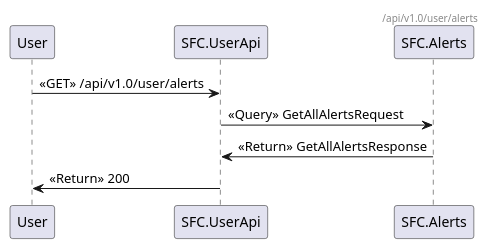
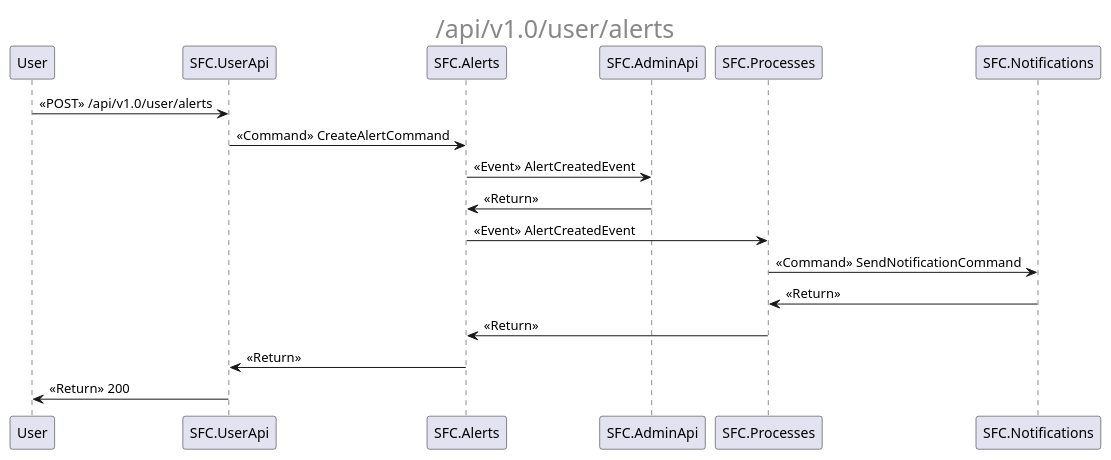
The diagram in docs/ArchitectureDocumentation/_api_v1.0_user_alerts.puml (mr0zek/SmogFightClub), drawn with PlantUML before and after one commit. The commit also changed 9 other files, not shown here.

```diff
--- a/docs/ArchitectureDocumentation/_api_v1.0_user_alerts.puml
+++ b/docs/ArchitectureDocumentation/_api_v1.0_user_alerts.puml
@@ -1,7 +1,13 @@
 @startuml
-header /api/v1.0/user/alerts
-User -> SFC.UserApi : <<GET>> /api/v1.0/user/alerts
-SFC.UserApi -> SFC.Alerts : <<Query>> GetAllAlertsRequest
-SFC.Alerts -> SFC.UserApi : <<Return>> GetAllAlertsResponse
+center header <font size=25>/api/v1.0/user/alerts</font>
+User -> SFC.UserApi : <<POST>> /api/v1.0/user/alerts
+SFC.UserApi -> SFC.Alerts : <<Command>> CreateAlertCommand
+SFC.Alerts -> SFC.AdminApi : <<Event>> AlertCreatedEvent
+SFC.AdminApi -> SFC.Alerts : <<Return>> 
+SFC.Alerts -> SFC.Processes : <<Event>> AlertCreatedEvent
+SFC.Processes -> SFC.Notifications : <<Command>> SendNotificationCommand
+SFC.Notifications -> SFC.Processes : <<Return>> 
+SFC.Processes -> SFC.Alerts : <<Return>> 
+SFC.Alerts -> SFC.UserApi : <<Return>> 
 SFC.UserApi -> User: <<Return>> 200
 @enduml
```
